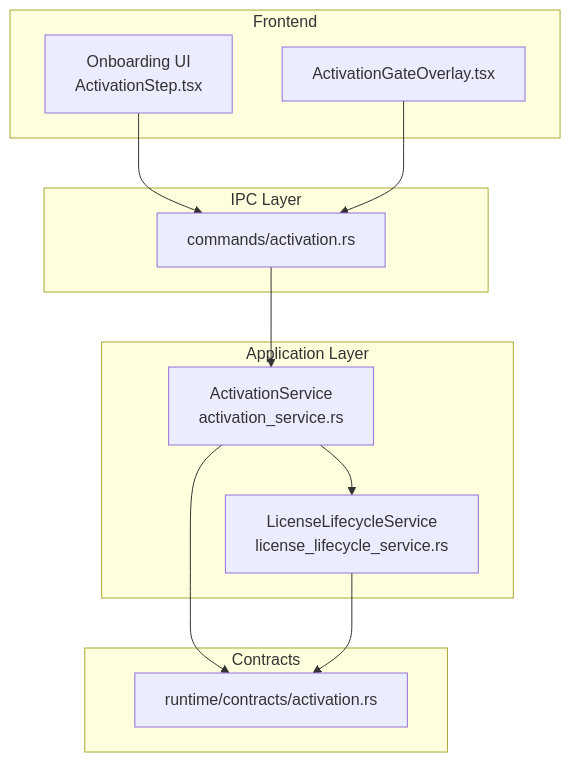
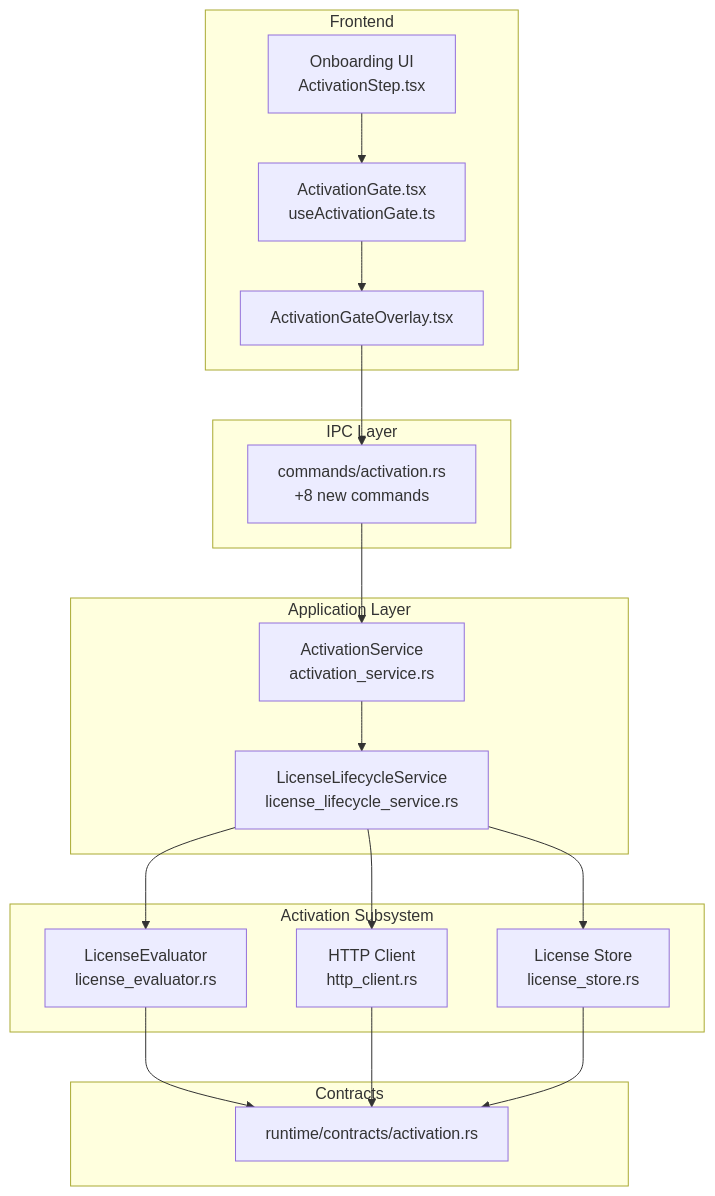
One commit to novolei/if2Ai changed the first of 6 diagrams in .qoder/repowiki/en/content/Backend System (Rust)/Module Architecture & Design/Application Layer/Activation Service.md. Above: the diagram before and after it, drawn with Mermaid. The commit also changed other lines of this file and 32 other files, not shown here.

````diff
--- a/.qoder/repowiki/en/content/Backend System (Rust)/Module Architecture & Design/Application Layer/Activation Service.md
+++ b/.qoder/repowiki/en/content/Backend System (Rust)/Module Architecture & Design/Application Layer/Activation Service.md
@@ -36,23 +53,34 @@
 ```mermaid
 graph TB
 subgraph "Frontend"
 UI["Onboarding UI<br/>ActivationStep.tsx"]
-Gate["ActivationGateOverlay.tsx"]
+Gate["ActivationGate.tsx<br/>useActivationGate.ts"]
+GateOverlay["ActivationGateOverlay.tsx"]
 end
 subgraph "IPC Layer"
-Cmd["commands/activation.rs"]
+Cmd["commands/activation.rs<br/>+8 new commands"]
 end
 subgraph "Application Layer"
 ActSvc["ActivationService<br/>activation_service.rs"]
 LicSvc["LicenseLifecycleService<br/>license_lifecycle_service.rs"]
 end
+subgraph "Activation Subsystem"
+Eval["LicenseEvaluator<br/>license_evaluator.rs"]
+Http["HTTP Client<br/>http_client.rs"]
+Store["License Store<br/>license_store.rs"]
+end
 subgraph "Contracts"
 Contract["runtime/contracts/activation.rs"]
 end
-UI --> Cmd
-Gate --> Cmd
+UI --> Gate
+Gate --> GateOverlay
+GateOverlay --> Cmd
 Cmd --> ActSvc
 ActSvc --> LicSvc
-ActSvc --> Contract
-LicSvc --> Contract
+LicSvc --> Eval
+LicSvc --> Http
+LicSvc --> Store
+Eval --> Contract
+Http --> Contract
+Store --> Contract
 ```
````
